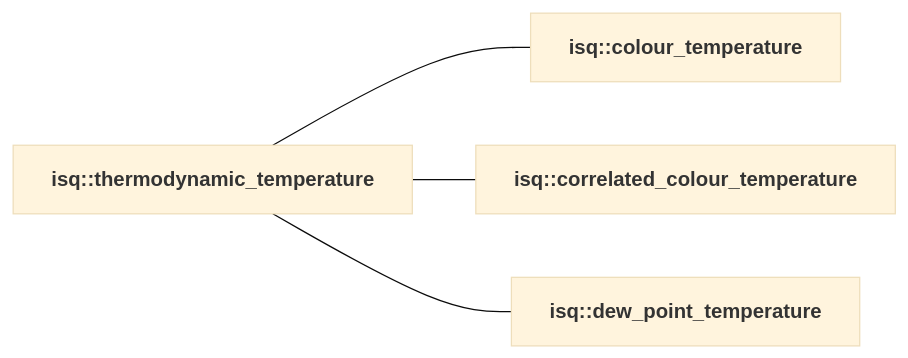
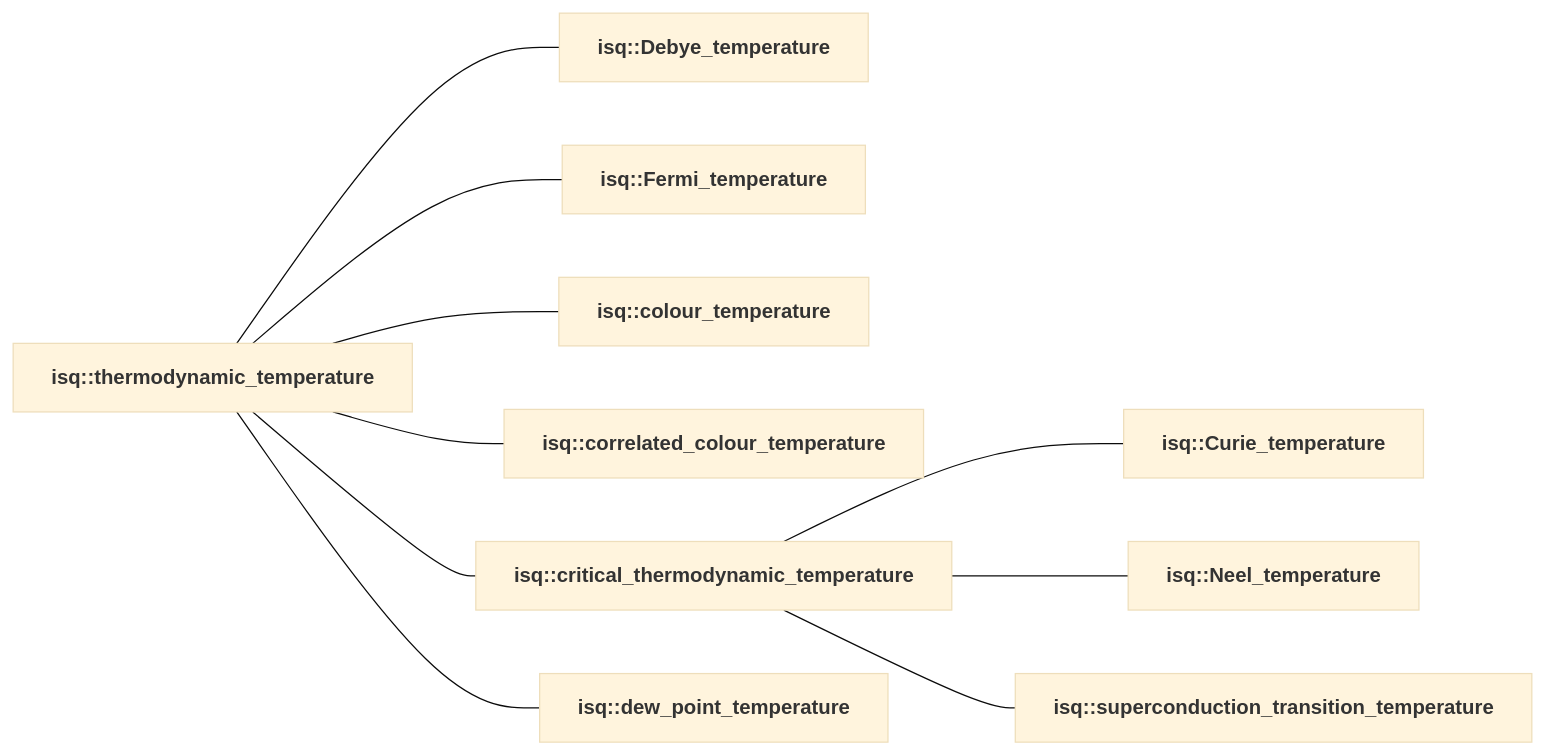
The diagram in docs/reference/systems_reference/hierarchies/thermodynamic_temperature.md (mpusz/mp-units), drawn with Mermaid (base theme) before and after one commit. The commit also changed 30 other files, not shown here.

````diff
--- a/docs/reference/systems_reference/hierarchies/thermodynamic_temperature.md
+++ b/docs/reference/systems_reference/hierarchies/thermodynamic_temperature.md
@@ -10,10 +10,22 @@
 ```mermaid
 flowchart LR
     isq_thermodynamic_temperature["<b><a href="../../systems/isq/#thermodynamic_temperature" style="color: var(--md-mermaid-label-fg-color); text-decoration: none;">isq::thermodynamic_temperature</a></b>"]
+    isq_Debye_temperature["<b><a href="../../systems/isq/#Debye_temperature" style="color: var(--md-mermaid-label-fg-color); text-decoration: none;">isq::Debye_temperature</a></b>"]
+    isq_thermodynamic_temperature --- isq_Debye_temperature
+    isq_Fermi_temperature["<b><a href="../../systems/isq/#Fermi_temperature" style="color: var(--md-mermaid-label-fg-color); text-decoration: none;">isq::Fermi_temperature</a></b>"]
+    isq_thermodynamic_temperature --- isq_Fermi_temperature
     isq_colour_temperature["<b><a href="../../systems/isq/#colour_temperature" style="color: var(--md-mermaid-label-fg-color); text-decoration: none;">isq::colour_temperature</a></b>"]
     isq_thermodynamic_temperature --- isq_colour_temperature
     isq_correlated_colour_temperature["<b><a href="../../systems/isq/#correlated_colour_temperature" style="color: var(--md-mermaid-label-fg-color); text-decoration: none;">isq::correlated_colour_temperature</a></b>"]
     isq_thermodynamic_temperature --- isq_correlated_colour_temperature
+    isq_critical_thermodynamic_temperature["<b><a href="../../systems/isq/#critical_thermodynamic_temperature" style="color: var(--md-mermaid-label-fg-color); text-decoration: none;">isq::critical_thermodynamic_temperature</a></b>"]
+    isq_thermodynamic_temperature --- isq_critical_thermodynamic_temperature
+    isq_Curie_temperature["<b><a href="../../systems/isq/#Curie_temperature" style="color: var(--md-mermaid-label-fg-color); text-decoration: none;">isq::Curie_temperature</a></b>"]
+    isq_critical_thermodynamic_temperature --- isq_Curie_temperature
+    isq_Neel_temperature["<b><a href="../../systems/isq/#Neel_temperature" style="color: var(--md-mermaid-label-fg-color); text-decoration: none;">isq::Neel_temperature</a></b>"]
+    isq_critical_thermodynamic_temperature --- isq_Neel_temperature
+    isq_superconduction_transition_temperature["<b><a href="../../systems/isq/#superconduction_transition_temperature" style="color: var(--md-mermaid-label-fg-color); text-decoration: none;">isq::superconduction_transition_temperature</a></b>"]
+    isq_critical_thermodynamic_temperature --- isq_superconduction_transition_temperature
     isq_dew_point_temperature["<b><a href="../../systems/isq/#dew_point_temperature" style="color: var(--md-mermaid-label-fg-color); text-decoration: none;">isq::dew_point_temperature</a></b>"]
     isq_thermodynamic_temperature --- isq_dew_point_temperature
 ```
````
